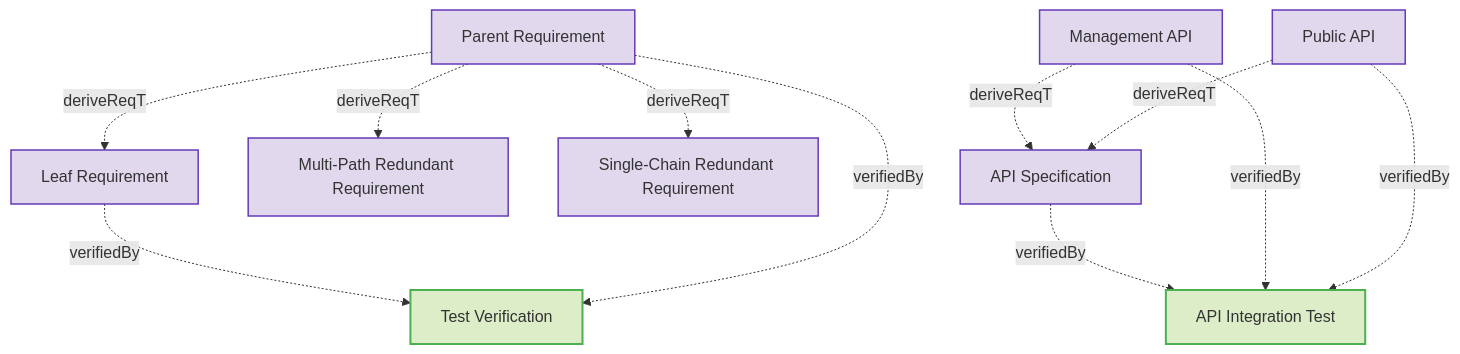
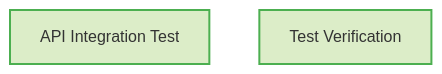
One commit to reqvire-org/reqvire changed the diagram in tests/test-lint-command/expected/expected-verifications-after-fix.md. Above: the diagram before and after it, drawn with Mermaid. The commit also changed 6 other files, not shown here.

First line of the commit message:
Change diagram hierarchy: start from local parents, include all children

````diff
--- a/tests/test-lint-command/expected/expected-verifications-after-fix.md
+++ b/tests/test-lint-command/expected/expected-verifications-after-fix.md
@@ -3,47 +3,16 @@
 ```mermaid
 graph TD;
   %% REQVIRE-AUTOGENERATED-DIAGRAM
   %% Graph styling
   classDef userRequirement fill:#D1C4E9,stroke:#7E57C2,stroke-width:2px;
   classDef systemRequirement fill:#E1D8EE,stroke:#673AB7,stroke-width:1.5px;
   classDef verification fill:#DCEDC8,stroke:#4CAF50,stroke-width:2px;
   classDef default fill:#F5F5F5,stroke:#424242,stroke-width:1.5px;
 
   5cb18536e42c1e69["API Integration Test"];
   class 5cb18536e42c1e69 verification;
   click 5cb18536e42c1e69 "Tests.md#api-integration-test";
   bd5f20d982e2da41["Test Verification"];
   class bd5f20d982e2da41 verification;
   click bd5f20d982e2da41 "Tests.md#test-verification";
-  11b91dadfd2fceac["Leaf Requirement"];
-  class 11b91dadfd2fceac systemRequirement;
-  click 11b91dadfd2fceac "../Requirements.md#leaf-requirement";
-  11b91dadfd2fceac -.->|verifiedBy| bd5f20d982e2da41;
-  64aa16ca1de98c22["Parent Requirement"];
-  class 64aa16ca1de98c22 systemRequirement;
-  click 64aa16ca1de98c22 "../Requirements.md#parent-requirement";
-  64aa16ca1de98c22 -.->|deriveReqT| 11b91dadfd2fceac;
-  e497af9f2a35e90b["Multi-Path Redundant Requirement"];
-  class e497af9f2a35e90b systemRequirement;
-  click e497af9f2a35e90b "../Requirements.md#multi-path-redundant-requirement";
-  64aa16ca1de98c22 -.->|deriveReqT| e497af9f2a35e90b;
-  a813a0eefc6a57c["Single-Chain Redundant Requirement"];
-  class a813a0eefc6a57c systemRequirement;
-  click a813a0eefc6a57c "../Requirements.md#single-chain-redundant-requirement";
-  64aa16ca1de98c22 -.->|deriveReqT| a813a0eefc6a57c;
-  64aa16ca1de98c22 -.->|verifiedBy| bd5f20d982e2da41;
-  f2f4fbeaa65e23eb["API Specification"];
-  class f2f4fbeaa65e23eb systemRequirement;
-  click f2f4fbeaa65e23eb "../SystemRequirements.md#api-specification";
-  f2f4fbeaa65e23eb -.->|verifiedBy| 5cb18536e42c1e69;
-  203ee1cc247ddf4b["Management API"];
-  class 203ee1cc247ddf4b systemRequirement;
-  click 203ee1cc247ddf4b "../SystemRequirements.md#management-api";
-  203ee1cc247ddf4b -.->|deriveReqT| f2f4fbeaa65e23eb;
-  203ee1cc247ddf4b -.->|verifiedBy| 5cb18536e42c1e69;
-  9564b73ee8d85cce["Public API"];
-  class 9564b73ee8d85cce systemRequirement;
-  click 9564b73ee8d85cce "../SystemRequirements.md#public-api";
-  9564b73ee8d85cce -.->|deriveReqT| f2f4fbeaa65e23eb;
-  9564b73ee8d85cce -.->|verifiedBy| 5cb18536e42c1e69;
 ```
````
